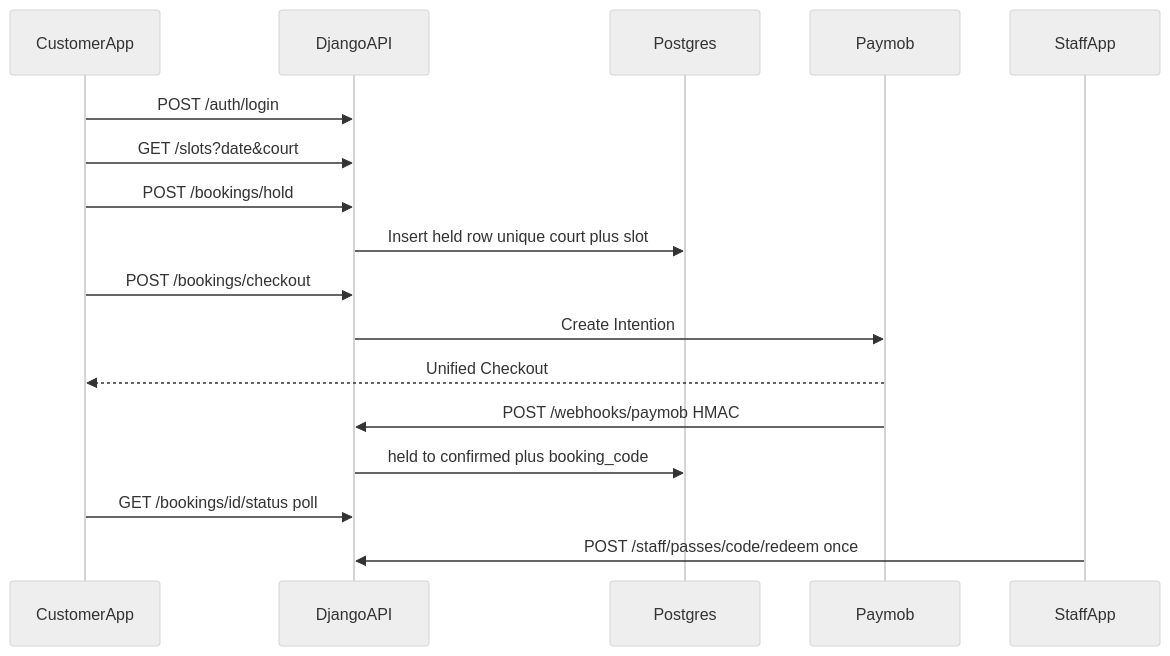
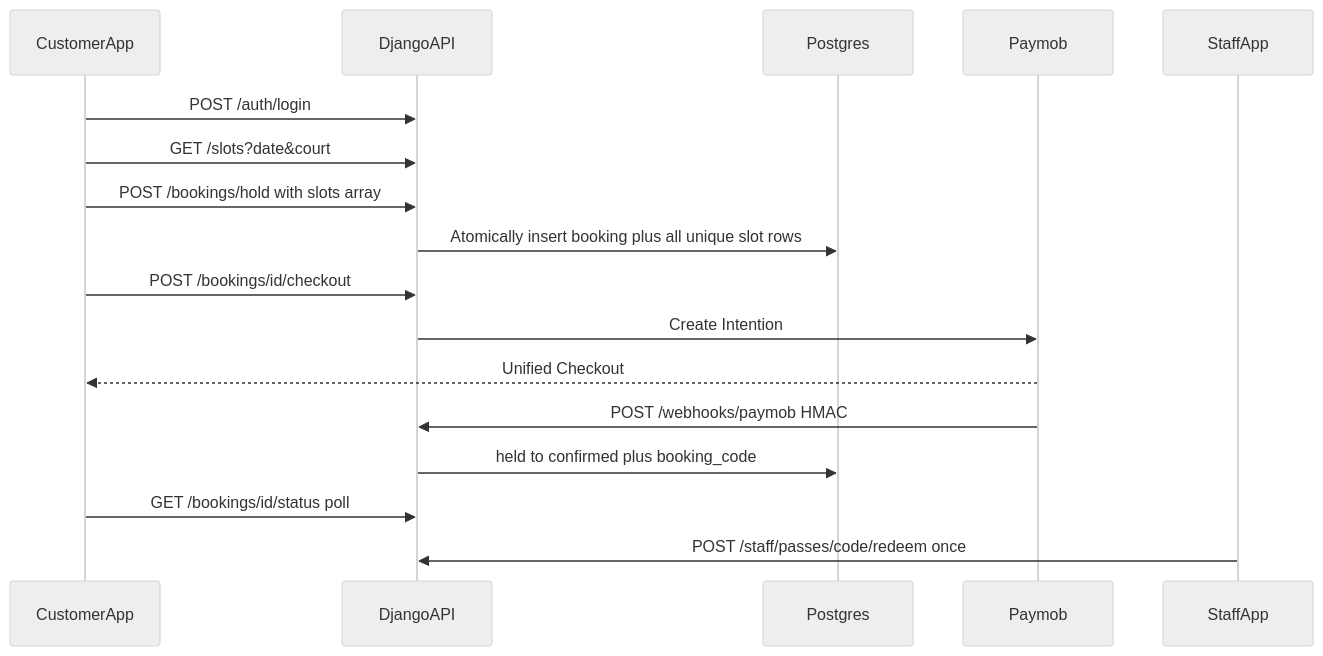
The diagram in .cursor/plans/django_mvp_backend_779dd8aa.plan.md (AhmedOssama22dev/Mahgooz), drawn with Mermaid (neutral theme) before and after one commit. The commit also changed other lines of this file, not shown here.

Commit message:
docs: plan atomic multi-slot bookings

````diff
--- a/.cursor/plans/django_mvp_backend_779dd8aa.plan.md
+++ b/.cursor/plans/django_mvp_backend_779dd8aa.plan.md
@@ -52,20 +53,20 @@
 ```mermaid
 sequenceDiagram
     participant C as CustomerApp
     participant API as DjangoAPI
     participant DB as Postgres
     participant P as Paymob
     participant S as StaffApp
 
     C->>API: POST /auth/login
     C->>API: GET /slots?date&court
-    C->>API: POST /bookings/hold
-    API->>DB: Insert held row unique court plus slot
-    C->>API: POST /bookings/checkout
+    C->>API: POST /bookings/hold with slots array
+    API->>DB: Atomically insert booking plus all unique slot rows
+    C->>API: POST /bookings/id/checkout
     API->>P: Create Intention
     P-->>C: Unified Checkout
     P->>API: POST /webhooks/paymob HMAC
     API->>DB: held to confirmed plus booking_code
     C->>API: GET /bookings/id/status poll
     S->>API: POST /staff/passes/code/redeem once
 ```
````
